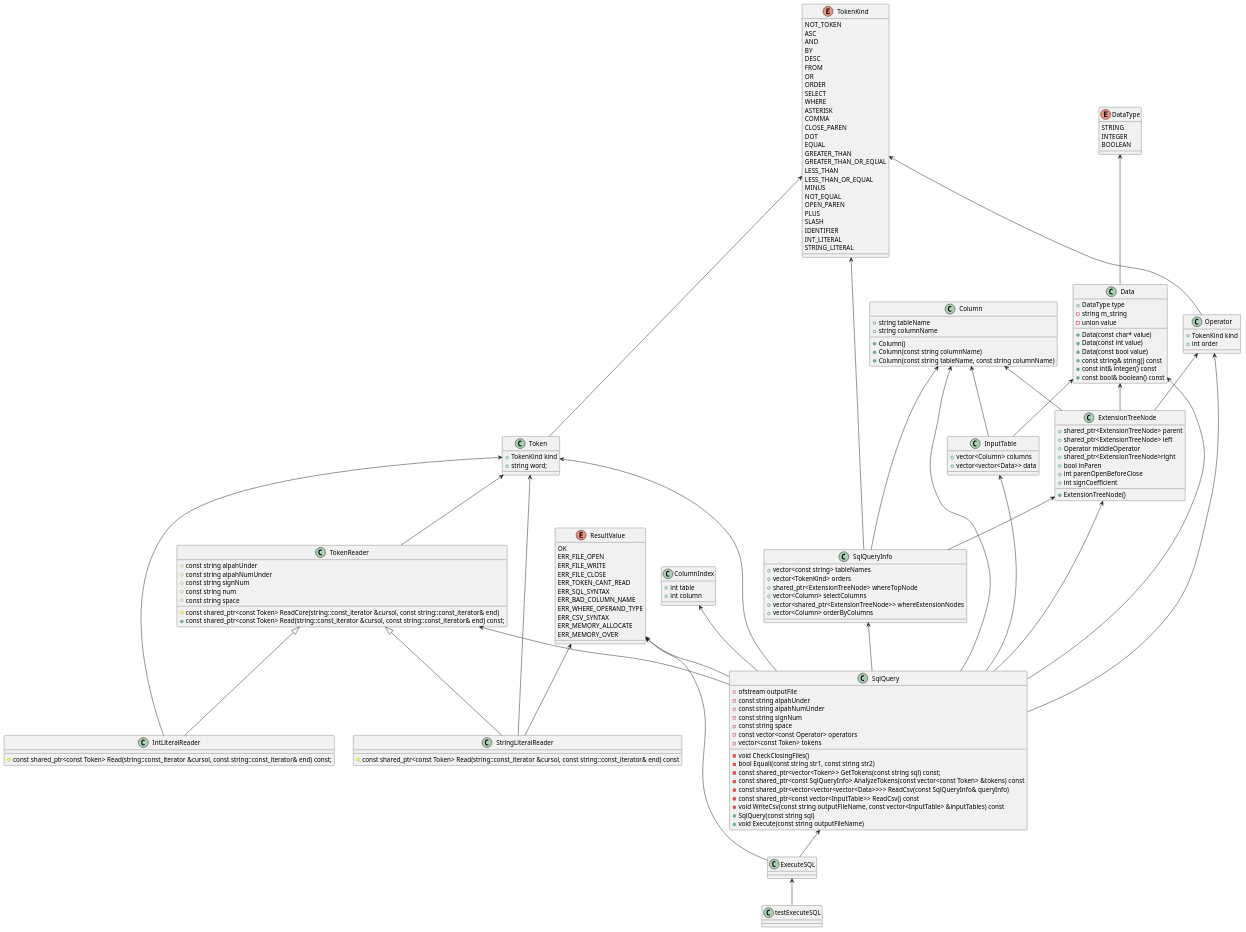
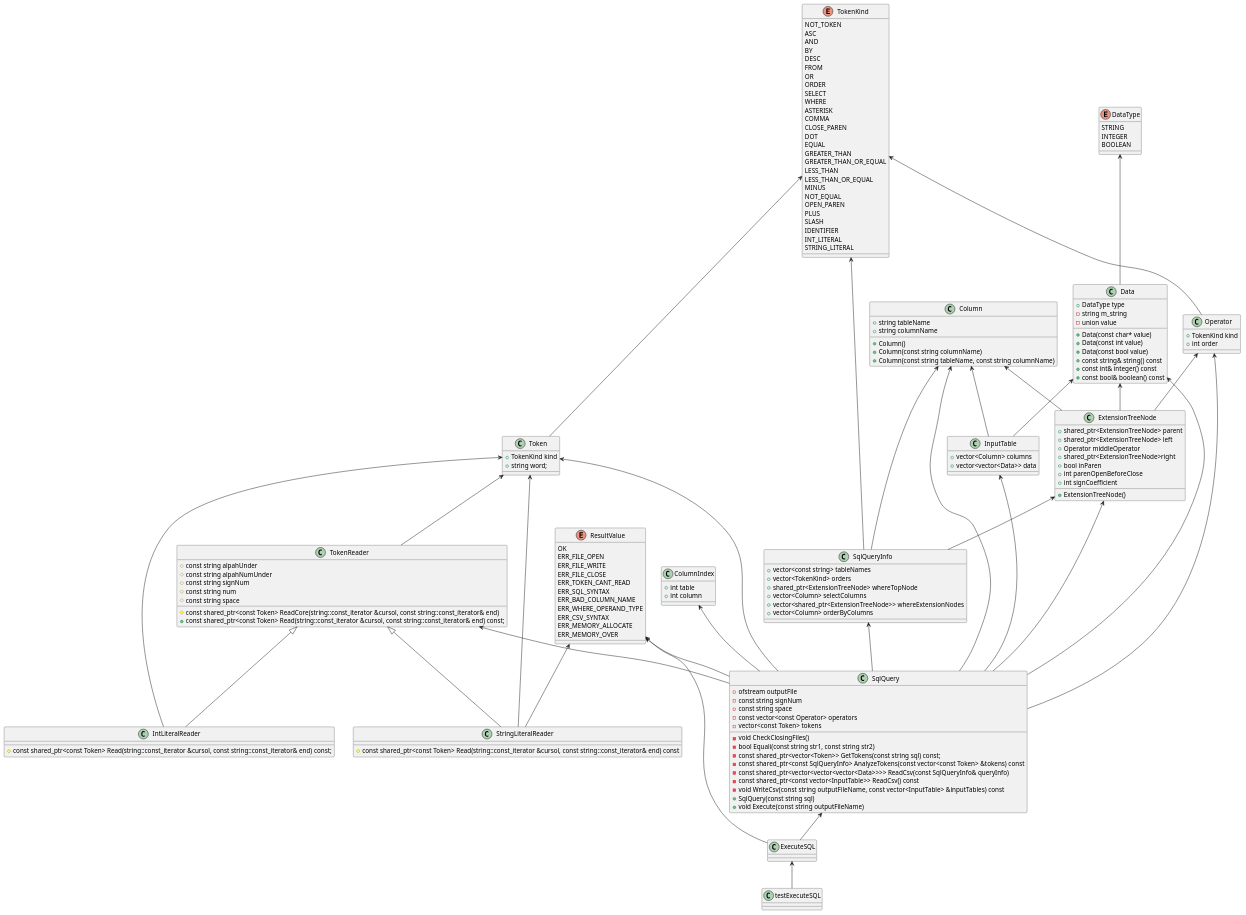
One commit to yotten/TinySQL changed the diagram in ExecuteSQL.pu. Above: the diagram before and after it, drawn with PlantUML. The commit also changed 2 other files, not shown here.

```diff
--- a/ExecuteSQL.pu
+++ b/ExecuteSQL.pu
@@ -1,181 +1,179 @@
 @startuml
 
 class testExecuteSQL {}
 class SqlQueryInfo {
 	+vector<const string> tableNames
 	+vector<TokenKind> orders
 	+shared_ptr<ExtensionTreeNode> whereTopNode
 	+vector<Column> selectColumns
 	+vector<shared_ptr<ExtensionTreeNode>> whereExtensionNodes
 	+vector<Column> orderByColumns
 }
 class SqlQuery {
 	-ofstream outputFile
-	-const string alpahUnder
-	-const string alpahNumUnder
 	-const string signNum
 	-const string space
 	-const vector<const Operator> operators
 	-vector<const Token> tokens
 	-void CheckClosingFiles()
 	-bool Equali(const string str1, const string str2)
 	-const shared_ptr<vector<Token>> GetTokens(const string sql) const;
 	-const shared_ptr<const SqlQueryInfo> AnalyzeTokens(const vector<const Token> &tokens) const
 	-const shared_ptr<vector<vector<vector<Data>>>> ReadCsv(const SqlQueryInfo& queryInfo)
 	-const shared_ptr<const vector<InputTable>> ReadCsv() const
 	-void WriteCsv(const string outputFileName, const vector<InputTable> &inputTables) const
 	+SqlQuery(const string sql)
 	+void Execute(const string outputFileName)
 }
 class ExecuteSQL {
 	
 }
 
 class InputTable {
 	+vector<Column> columns
 	+vector<vector<Data>> data
 }
 
 class Data {
     +DataType type
 	-string m_string
 	-union value
 	+Data(const char* value)
 	+Data(const int value)
 	+Data(const bool value)
 	+const string& string() const
 	+const int& integer() const
 	+const bool& boolean() const
 }
 class Operator{
     +TokenKind kind
     +int order
 }
 class Token{
     +TokenKind kind
     +string word;
 }
 class ExtensionTreeNode{
 	+shared_ptr<ExtensionTreeNode> parent
 	+shared_ptr<ExtensionTreeNode> left
 	+Operator middleOperator
 	+shared_ptr<ExtensionTreeNode>right
 	+bool inParen
 	+int parenOpenBeforeClose
 	+int signCoefficient
 	+ExtensionTreeNode()
 }
 class ColumnIndex{
     +int table
     +int column
 }
 class Column{
     +string tableName
     +string columnName
     +Column()
     +Column(const string columnName)
     +Column(const string tableName, const string columnName)
 }
 class IntLiteralReader {
 	#const shared_ptr<const Token> Read(string::const_iterator &cursol, const string::const_iterator& end) const;
 }
 class StringLiteralReader {
 	#const shared_ptr<const Token> Read(string::const_iterator &cursol, const string::const_iterator& end) const
 }
 class TokenReader {
     #const string alpahUnder
 	#const string alpahNumUnder
 	#const string signNum
 	#const string num
 	#const string space
 	#const shared_ptr<const Token> ReadCore(string::const_iterator &cursol, const string::const_iterator& end)
 	+const shared_ptr<const Token> Read(string::const_iterator &cursol, const string::const_iterator& end) const;
 }
 
 enum DataType{
    	STRING
 	INTEGER
 	BOOLEAN
 }
 enum TokenKind{
     NOT_TOKEN
 	ASC
 	AND
 	BY
 	DESC
 	FROM
 	OR
 	ORDER
 	SELECT
 	WHERE
 	ASTERISK
 	COMMA
 	CLOSE_PAREN
 	DOT
 	EQUAL
 	GREATER_THAN
 	GREATER_THAN_OR_EQUAL
 	LESS_THAN
 	LESS_THAN_OR_EQUAL
 	MINUS
 	NOT_EQUAL
 	OPEN_PAREN
 	PLUS
 	SLASH
 	IDENTIFIER
 	INT_LITERAL
 	STRING_LITERAL
 }
 enum ResultValue{
     OK
 	ERR_FILE_OPEN
 	ERR_FILE_WRITE
 	ERR_FILE_CLOSE
 	ERR_TOKEN_CANT_READ
 	ERR_SQL_SYNTAX
 	ERR_BAD_COLUMN_NAME
 	ERR_WHERE_OPERAND_TYPE
 	ERR_CSV_SYNTAX
 	ERR_MEMORY_ALLOCATE
 	ERR_MEMORY_OVER
 }
 
 ExecuteSQL <-- testExecuteSQL
 SqlQuery <-- ExecuteSQL
 ResultValue <-- ExecuteSQL
 
 Data <-- SqlQuery
 Operator <-- SqlQuery
 Token <-- SqlQuery
 ExtensionTreeNode <-- SqlQuery
 ColumnIndex <-- SqlQuery
 Column <-- SqlQuery
 ResultValue <-- SqlQuery
 SqlQueryInfo <-- SqlQuery
 InputTable <-- SqlQuery
 'IntLiteralReader <-- SqlQuery
 'StringLiteralReader <-- SqlQuery
 TokenReader <-- SqlQuery
 
 Token <-- IntLiteralReader
 Token <-- StringLiteralReader
 Token <-- TokenReader
 ResultValue <-- StringLiteralReader
 
 TokenReader <|-- IntLiteralReader
 TokenReader <|-- StringLiteralReader
 
 Column <-- InputTable
 Data <-- InputTable
 
 Column <-- SqlQueryInfo
 TokenKind <-- SqlQueryInfo
 ExtensionTreeNode <-- SqlQueryInfo
 
 DataType <-- Data
 TokenKind <-- Token
 TokenKind <-- Operator
 Operator <-- ExtensionTreeNode
 Column <-- ExtensionTreeNode
 Data <-- ExtensionTreeNode
 @enduml
```
